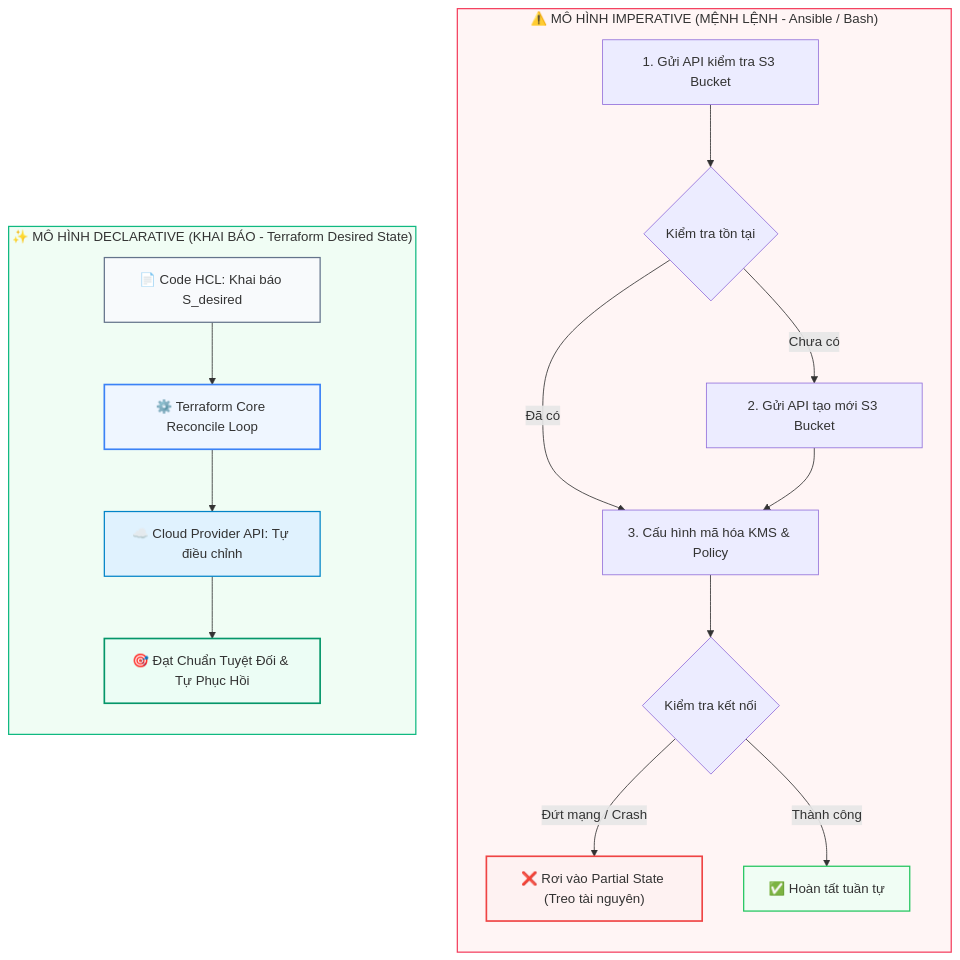
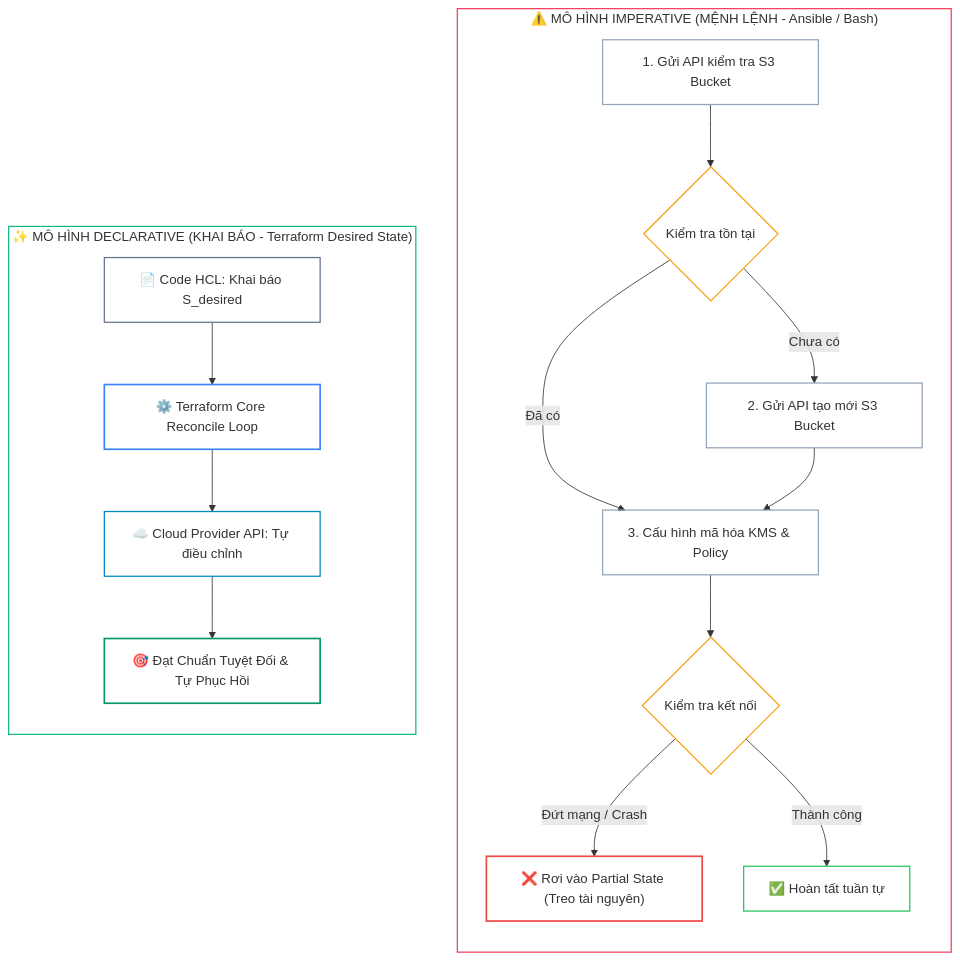
One commit to kiennt308/ntk changed the first of 3 diagrams in _posts/2026-09-13-terraform-01-01-tu-duy-declarative-iac-so-sanh-thuc-chien-terraform-ansible-pulumi.md. Above: the diagram before and after it, drawn with Mermaid. The commit also changed other lines of this file and 1 other file, not shown here.

Commit message:
style(mermaid): remove node background colors and use clean transparent outline styling

````diff
--- a/_posts/2026-09-13-terraform-01-01-tu-duy-declarative-iac-so-sanh-thuc-chien-terraform-ansible-pulumi.md
+++ b/_posts/2026-09-13-terraform-01-01-tu-duy-declarative-iac-so-sanh-thuc-chien-terraform-ansible-pulumi.md
@@ -35,29 +35,34 @@
 ```mermaid
 flowchart TB
     subgraph IMP["⚠️ MÔ HÌNH IMPERATIVE (MỆNH LỆNH - Ansible / Bash)"]
         direction TB
         I1["1. Gửi API kiểm tra S3 Bucket"] --> I2{"Kiểm tra tồn tại"}
         I2 -->|Chưa có| I3["2. Gửi API tạo mới S3 Bucket"]
         I2 -->|Đã có| I4["3. Cấu hình mã hóa KMS & Policy"]
         I3 --> I4
         I4 --> I5{"Kiểm tra kết nối"}
         I5 -->|Đứt mạng / Crash| I_ERR["❌ Rơi vào Partial State (Treo tài nguyên)"]
         I5 -->|Thành công| I_OK["✅ Hoàn tất tuần tự"]
     end
 
     subgraph DEC["✨ MÔ HÌNH DECLARATIVE (KHAI BÁO - Terraform Desired State)"]
         direction TB
         D1["📄 Code HCL: Khai báo S_desired"] --> D2["⚙️ Terraform Core Reconcile Loop"]
         D2 --> D3["☁️ Cloud Provider API: Tự điều chỉnh"]
         D3 --> D4["🎯 Đạt Chuẩn Tuyệt Đối & Tự Phục Hồi"]
     end
 
-    style IMP fill:#fff5f5,stroke:#f43f5e,stroke-width:1.5px
-    style DEC fill:#f0fdf4,stroke:#10b981,stroke-width:1.5px
-    style I_ERR fill:#fef2f2,stroke:#ef4444,stroke-width:2px
-    style I_OK fill:#f0fdf4,stroke:#22c55e,stroke-width:1.5px
-    style D1 fill:#f8fafc,stroke:#64748b,stroke-width:1.5px
-    style D2 fill:#eff6ff,stroke:#3b82f6,stroke-width:2px
-    style D3 fill:#e0f2fe,stroke:#0284c7,stroke-width:1.5px
-    style D4 fill:#ecfdf5,stroke:#059669,stroke-width:2px
+    style IMP fill:none,stroke:#f43f5e,stroke-width:1.5px
+    style DEC fill:none,stroke:#10b981,stroke-width:1.5px
+    style I1 fill:none,stroke:#94a3b8,stroke-width:1.5px
+    style I2 fill:none,stroke:#f59e0b,stroke-width:1.5px
+    style I3 fill:none,stroke:#94a3b8,stroke-width:1.5px
+    style I4 fill:none,stroke:#94a3b8,stroke-width:1.5px
+    style I5 fill:none,stroke:#f59e0b,stroke-width:1.5px
+    style I_ERR fill:none,stroke:#ef4444,stroke-width:2px
+    style I_OK fill:none,stroke:#22c55e,stroke-width:1.5px
+    style D1 fill:none,stroke:#64748b,stroke-width:1.5px
+    style D2 fill:none,stroke:#3b82f6,stroke-width:2px
+    style D3 fill:none,stroke:#0284c7,stroke-width:1.5px
+    style D4 fill:none,stroke:#059669,stroke-width:2px
 ```
````
